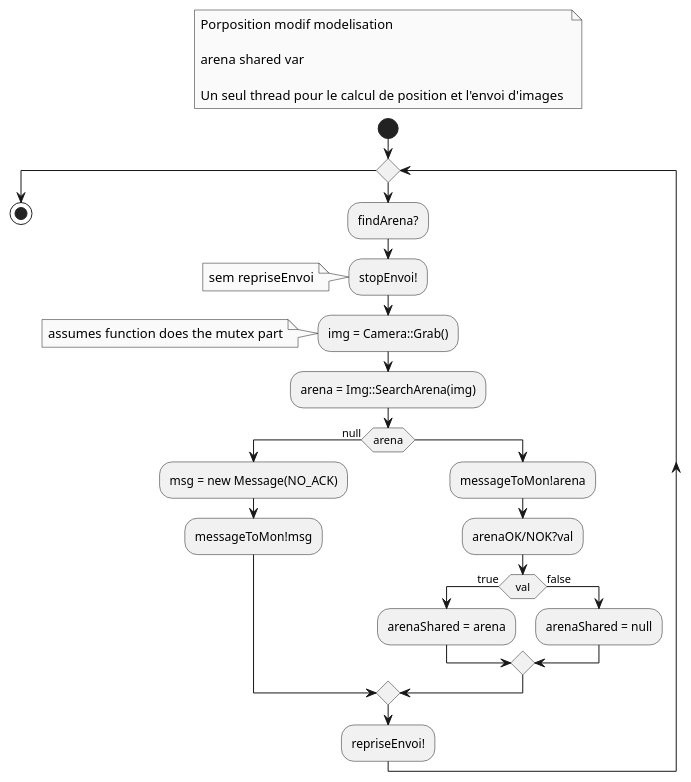
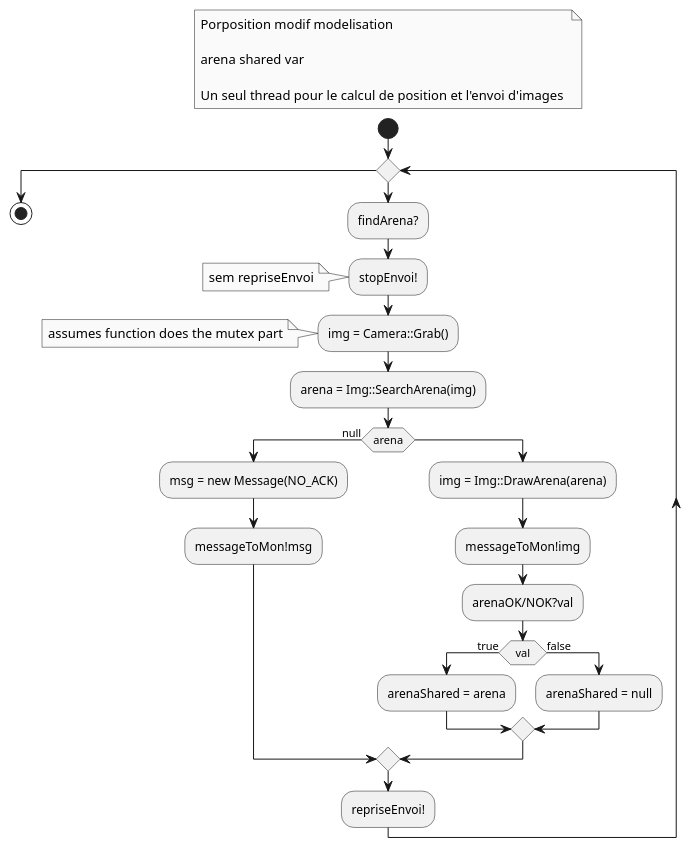
The diagram in diags/th_calibration.puml (Bobillot/BE_Temps_Reel), drawn with PlantUML before and after one commit. The commit also changed 3 other files, not shown here.

```diff
--- a/diags/th_calibration.puml
+++ b/diags/th_calibration.puml
@@ -1,46 +1,47 @@
 @startuml th_calibration
 
 skinparam monochrome true
 
 floating note left  
     Porposition modif modelisation
 
     arena shared var 
 
     Un seul thread pour le calcul de position et l'envoi d'images 
 end note
 
 start
 
 while ( )
     :findArena?;
 
     :stopEnvoi!;
     note : sem repriseEnvoi
 
     :img = Camera::Grab();
     note : assumes function does the mutex part
 
     :arena = Img::SearchArena(img);
 
     if (arena) then (null)
         :msg = new Message(NO_ACK);
         :messageToMon!msg;
     else
-        :messageToMon!arena;
+        :img = Img::DrawArena(arena);
+        :messageToMon!img;
         :arenaOK/NOK?val;
         if(val) then (true)
             :arenaShared = arena;
         else (false)
             :arenaShared = null;
         endif
     endif
 
     :repriseEnvoi!;
 
 
 endwhile
 
 stop
 
 @enduml
```
